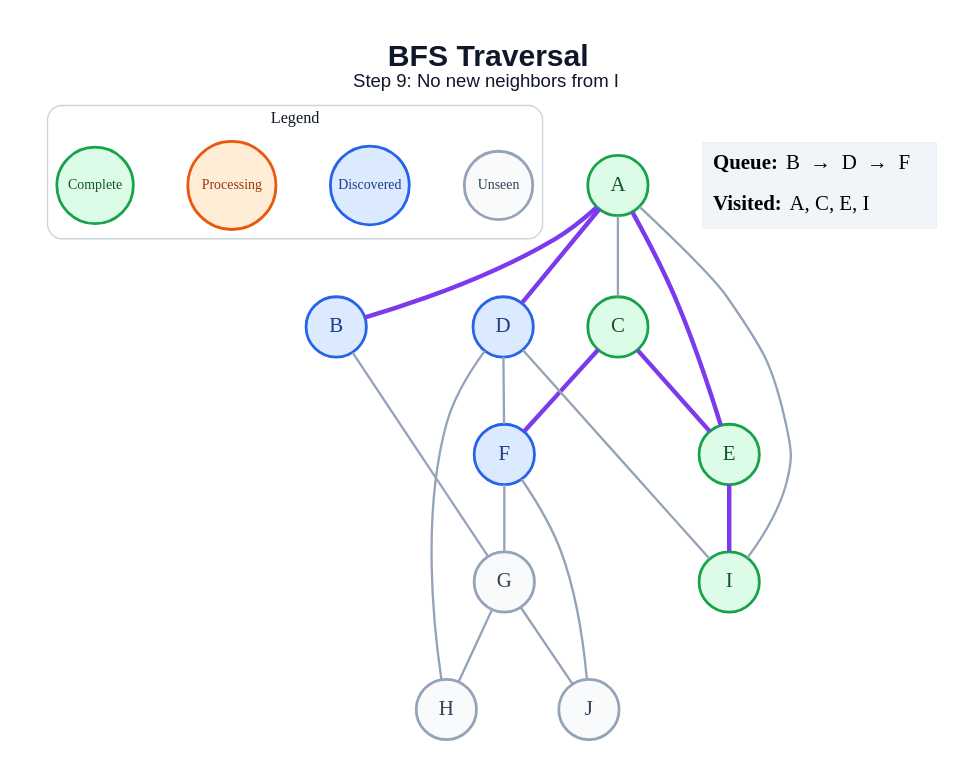
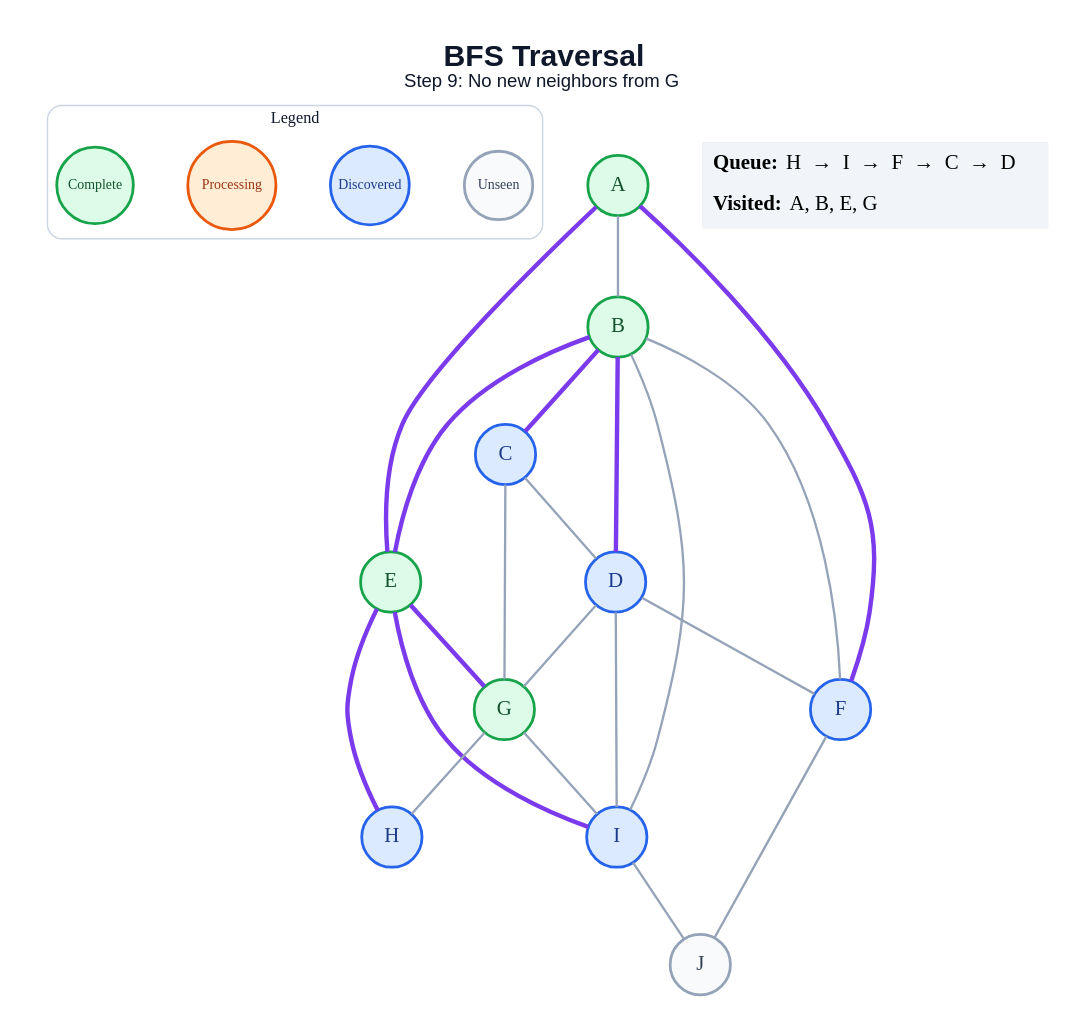
The diagram in generated/specific-node/bfs/step_09.dot (amanghodawala9/ai-slop), drawn with Graphviz before and after one commit. The commit also changed 178 other files, not shown here.

```diff
--- a/generated/specific-node/bfs/step_09.dot
+++ b/generated/specific-node/bfs/step_09.dot
@@ -1,45 +1,49 @@
 graph traversal {
   graph [layout=dot, rankdir=TB, bgcolor="#FFFFFF", pad="0.35", nodesep="0.65", ranksep="0.8", fontname="Arial"];
   node [shape=circle, style="filled", fontname="Arial Bold", fontsize=18, width=0.72, fixedsize=true, penwidth=2.4];
   edge [color="#94A3B8", penwidth=2.0];
-  label=<<B>BFS Traversal</B><BR/><FONT POINT-SIZE="16">Step 9: No new neighbors from I</FONT>>; labelloc="t"; fontsize=26; fontname="Arial"; fontcolor="#0F172A";
+  label=<<B>BFS Traversal</B><BR/><FONT POINT-SIZE="16">Step 9: No new neighbors from G</FONT>>; labelloc="t"; fontsize=26; fontname="Arial"; fontcolor="#0F172A";
   subgraph cluster_legend { label="Legend"; color="#CBD5E1"; penwidth=1.2; style="rounded"; fontsize=14; fontname="Arial Bold";
     key_unseen [label="Unseen", fillcolor="#F8FAFC", color="#94A3B8", fontcolor="#334155", fontsize=12, width=0.82];
     key_frontier [label="Discovered", fillcolor="#DBEAFE", color="#2563EB", fontcolor="#1E3A8A", fontsize=12, width=0.95];
     key_current [label="Processing", fillcolor="#FFEDD5", color="#EA580C", fontcolor="#9A3412", fontsize=12, width=1.05];
     key_done [label="Complete", fillcolor="#DCFCE7", color="#16A34A", fontcolor="#14532D", fontsize=12, width=0.92];
     { rank=same; key_unseen; key_frontier; key_current; key_done; }
   }
   A [fillcolor="#DCFCE7", color="#16A34A", fontcolor="#14532D"];
-  B [fillcolor="#DBEAFE", color="#2563EB", fontcolor="#1E3A8A"];
-  C [fillcolor="#DCFCE7", color="#16A34A", fontcolor="#14532D"];
+  B [fillcolor="#DCFCE7", color="#16A34A", fontcolor="#14532D"];
+  C [fillcolor="#DBEAFE", color="#2563EB", fontcolor="#1E3A8A"];
   D [fillcolor="#DBEAFE", color="#2563EB", fontcolor="#1E3A8A"];
   E [fillcolor="#DCFCE7", color="#16A34A", fontcolor="#14532D"];
   F [fillcolor="#DBEAFE", color="#2563EB", fontcolor="#1E3A8A"];
-  G [fillcolor="#F8FAFC", color="#94A3B8", fontcolor="#334155"];
-  H [fillcolor="#F8FAFC", color="#94A3B8", fontcolor="#334155"];
-  I [fillcolor="#DCFCE7", color="#16A34A", fontcolor="#14532D"];
+  G [fillcolor="#DCFCE7", color="#16A34A", fontcolor="#14532D"];
+  H [fillcolor="#DBEAFE", color="#2563EB", fontcolor="#1E3A8A"];
+  I [fillcolor="#DBEAFE", color="#2563EB", fontcolor="#1E3A8A"];
   J [fillcolor="#F8FAFC", color="#94A3B8", fontcolor="#334155"];
-  A -- B [color="#7C3AED", penwidth=3.8];
-  A -- C;
-  A -- D [color="#7C3AED", penwidth=3.8];
+  A -- B;
   A -- E [color="#7C3AED", penwidth=3.8];
-  A -- I;
-  B -- G;
-  C -- E [color="#7C3AED", penwidth=3.8];
-  C -- F [color="#7C3AED", penwidth=3.8];
+  A -- F [color="#7C3AED", penwidth=3.8];
+  B -- C [color="#7C3AED", penwidth=3.8];
+  B -- D [color="#7C3AED", penwidth=3.8];
+  B -- E [color="#7C3AED", penwidth=3.8];
+  B -- F;
+  B -- I;
+  C -- D;
+  C -- G;
   D -- F;
-  D -- H;
+  D -- G;
   D -- I;
+  E -- G [color="#7C3AED", penwidth=3.8];
+  E -- H [color="#7C3AED", penwidth=3.8];
   E -- I [color="#7C3AED", penwidth=3.8];
-  F -- G;
   F -- J;
   G -- H;
-  G -- J;
+  G -- I;
+  I -- J;
   status [shape=plain, fixedsize=false, width=0, height=0, margin=0, label=<
     <TABLE BORDER="0" CELLBORDER="0" CELLPADDING="7" BGCOLOR="#F1F5F9">
-      <TR><TD ALIGN="LEFT"><B>Queue:</B> B  →  D  →  F</TD></TR>
-      <TR><TD ALIGN="LEFT"><B>Visited:</B> A, C, E, I</TD></TR>
+      <TR><TD ALIGN="LEFT"><B>Queue:</B> H  →  I  →  F  →  C  →  D</TD></TR>
+      <TR><TD ALIGN="LEFT"><B>Visited:</B> A, B, E, G</TD></TR>
     </TABLE>
   >];
 }
```
